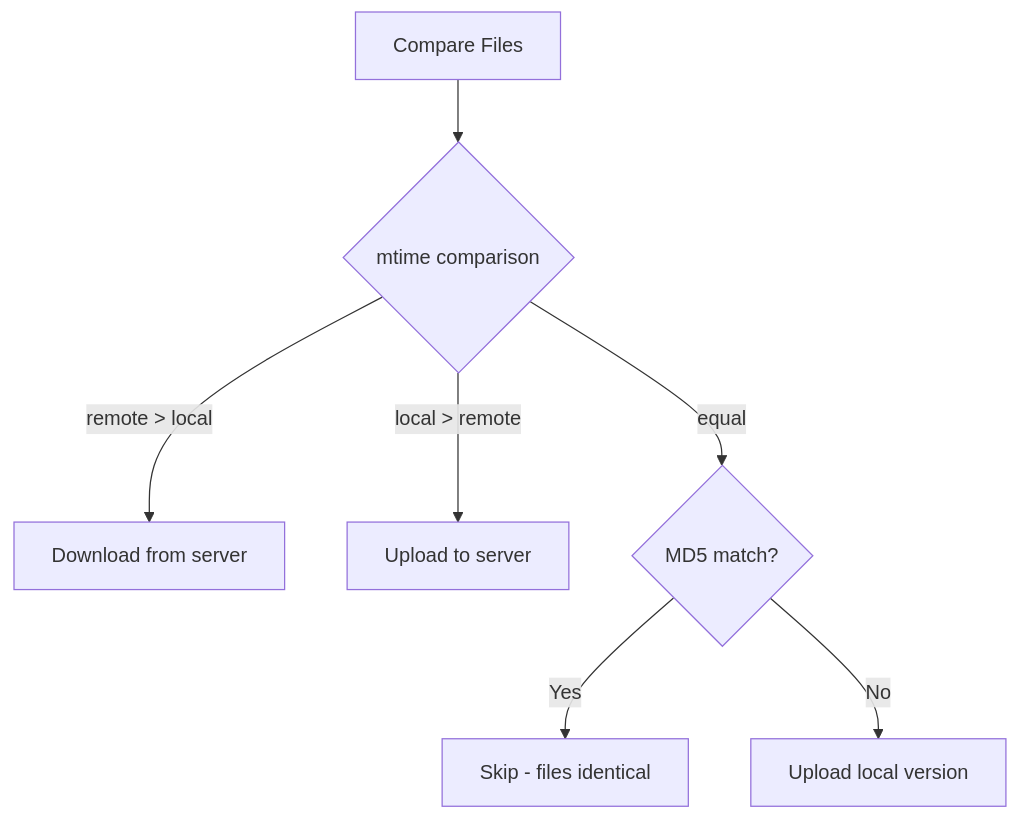
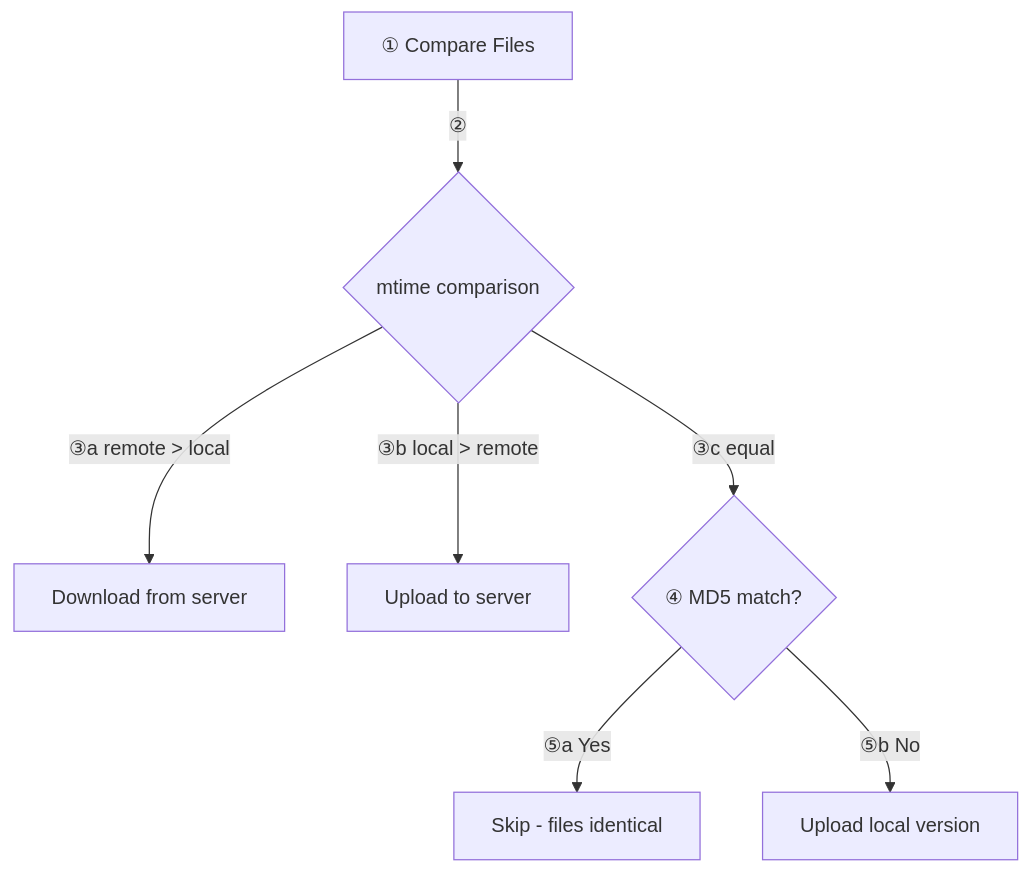
One commit to albertsdk/hsync-server changed the fifth of 7 diagrams in docs/sync-flow.md. Above: the diagram before and after it, drawn with Mermaid. The commit also changed other lines of this file and 17 other files, not shown here.

First line of the commit message:
Add numbered phases to documentation diagrams

````diff
--- a/docs/sync-flow.md
+++ b/docs/sync-flow.md
@@ -128,11 +128,11 @@
 ```mermaid
 flowchart TD
-    C[Compare Files] --> T{mtime comparison}
-    
-    T -->|remote > local| D[Download from server]
-    T -->|local > remote| U[Upload to server]
-    T -->|equal| H{MD5 match?}
-    
-    H -->|Yes| S[Skip - files identical]
-    H -->|No| U2[Upload local version]
+    C[① Compare Files] -->|"②"| T{mtime comparison}
+
+    T -->|"③a remote > local"| D[Download from server]
+    T -->|"③b local > remote"| U[Upload to server]
+    T -->|"③c equal"| H{④ MD5 match?}
+
+    H -->|"⑤a Yes"| S[Skip - files identical]
+    H -->|"⑤b No"| U2[Upload local version]
 ```
````
